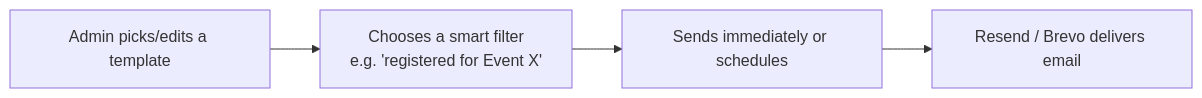
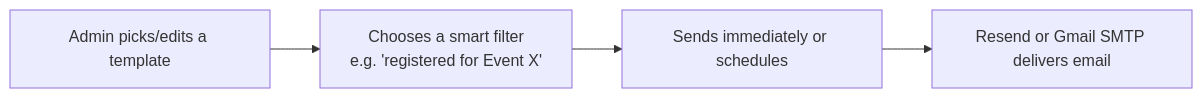
The diagram in docs/features/email-notifications.md (Srkr-Coding-Club/SRKRCC-Main_APPLICATION_BACKEND), drawn with Mermaid before and after one commit. The commit also changed other lines of this file and 11 other files, not shown here.

First line of the commit message:
feat: Implement email provider configuration with Resend and Gmail SMTP

````diff
--- a/docs/features/email-notifications.md
+++ b/docs/features/email-notifications.md
@@ -11,6 +11,6 @@
 ```mermaid
 flowchart LR
     A[Admin picks/edits a template] --> B[Chooses a smart filter\ne.g. 'registered for Event X']
     B --> C[Sends immediately or schedules]
-    C --> D[Resend / Brevo delivers email]
+    C --> D[Resend or Gmail SMTP delivers email]
 ```
````
